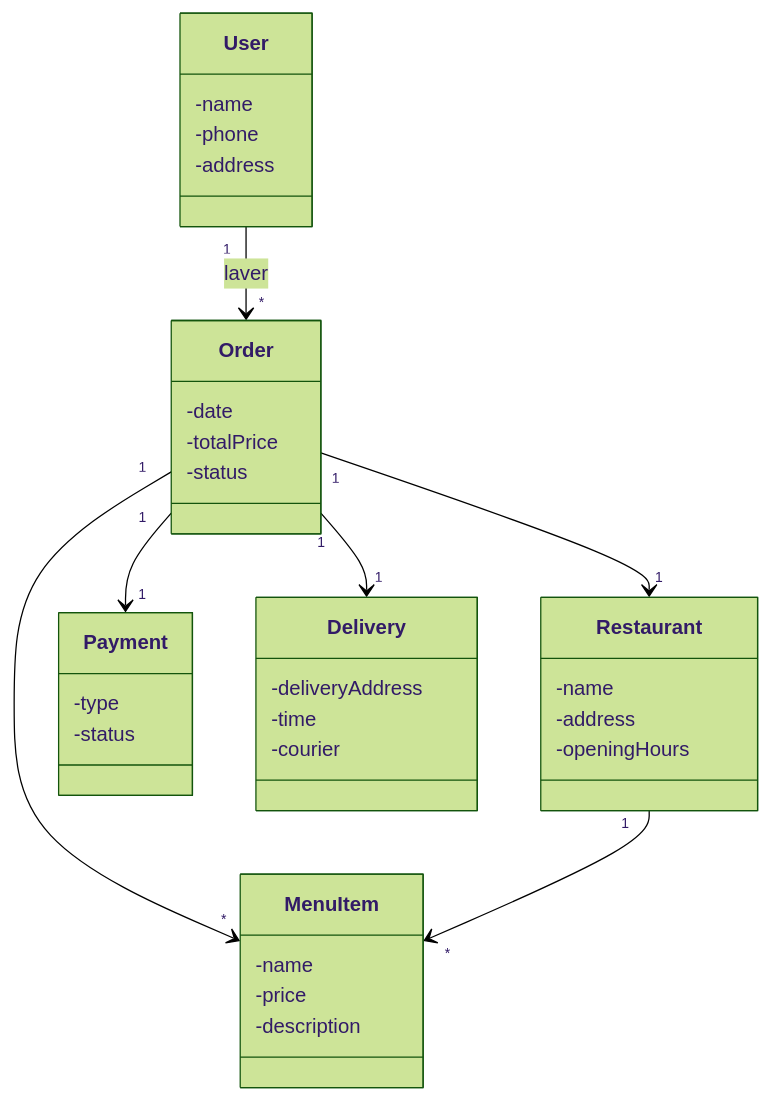
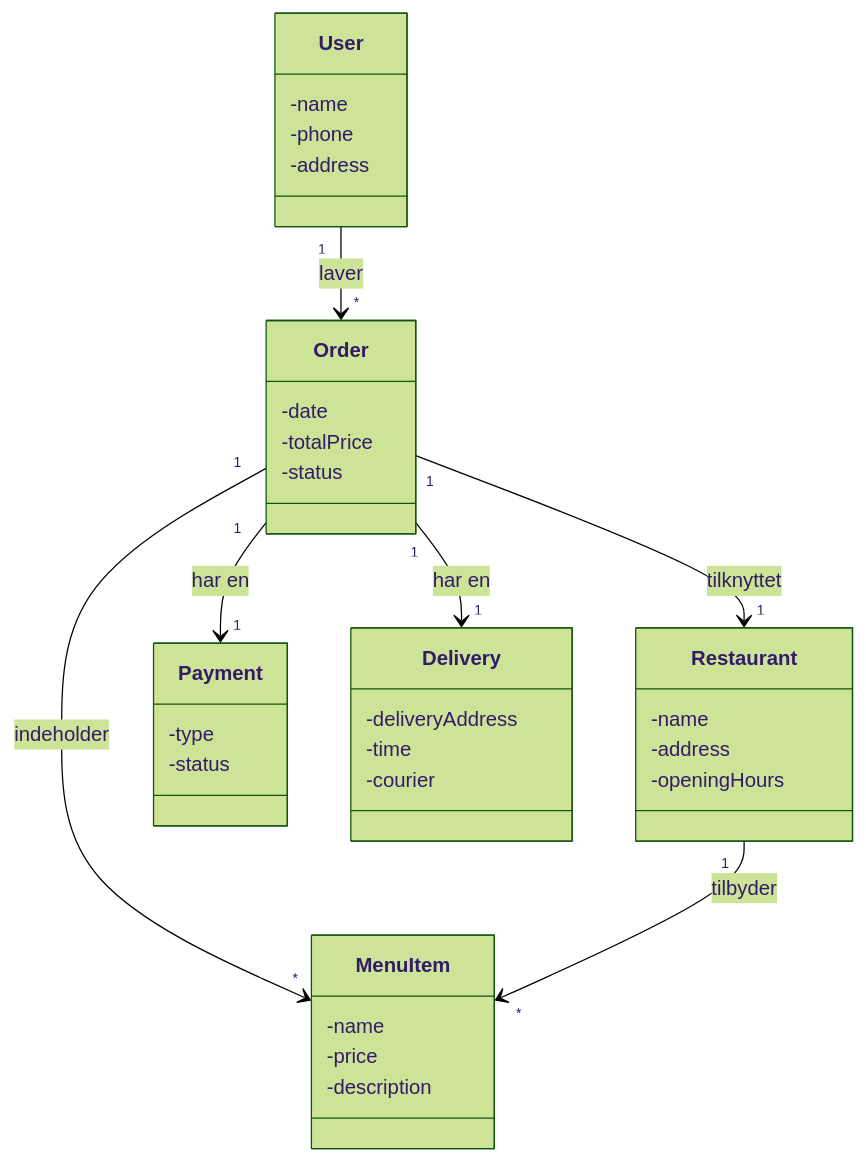
The sixth of 6 diagrams in opgaver/readme.md (mnyborg/ITAR-E2025-SYSUDV), drawn with Mermaid (forest theme) before and after one commit.

````diff
--- a/opgaver/readme.md
+++ b/opgaver/readme.md
@@ -161,45 +161,45 @@
 ```mermaid
 classDiagram
     class User {
       -name
       -phone
       -address
     }
 
     class Restaurant {
       -name
       -address
       -openingHours
     }
 
     class MenuItem {
       -name
       -price
       -description
     }
 
     class Order {
       -date
       -totalPrice
       -status
     }
 
     class Payment {
       -type
       -status
     }
 
     class Delivery {
       -deliveryAddress
       -time
       -courier
     }
 
     User "1" --> "*" Order : laver
-    Order "1" --> "*" MenuItem
-    Restaurant "1" --> "*" MenuItem
-    Order "1" --> "1" Restaurant
-    Order "1" --> "1" Payment
-    Order "1" --> "1" Delivery
+    Order "1" --> "*" MenuItem : indeholder
+    Restaurant "1" --> "*" MenuItem : tilbyder
+    Order "1" --> "1" Restaurant : tilknyttet
+    Order "1" --> "1" Payment : har en
+    Order "1" --> "1" Delivery : har en
 
 ```
````
